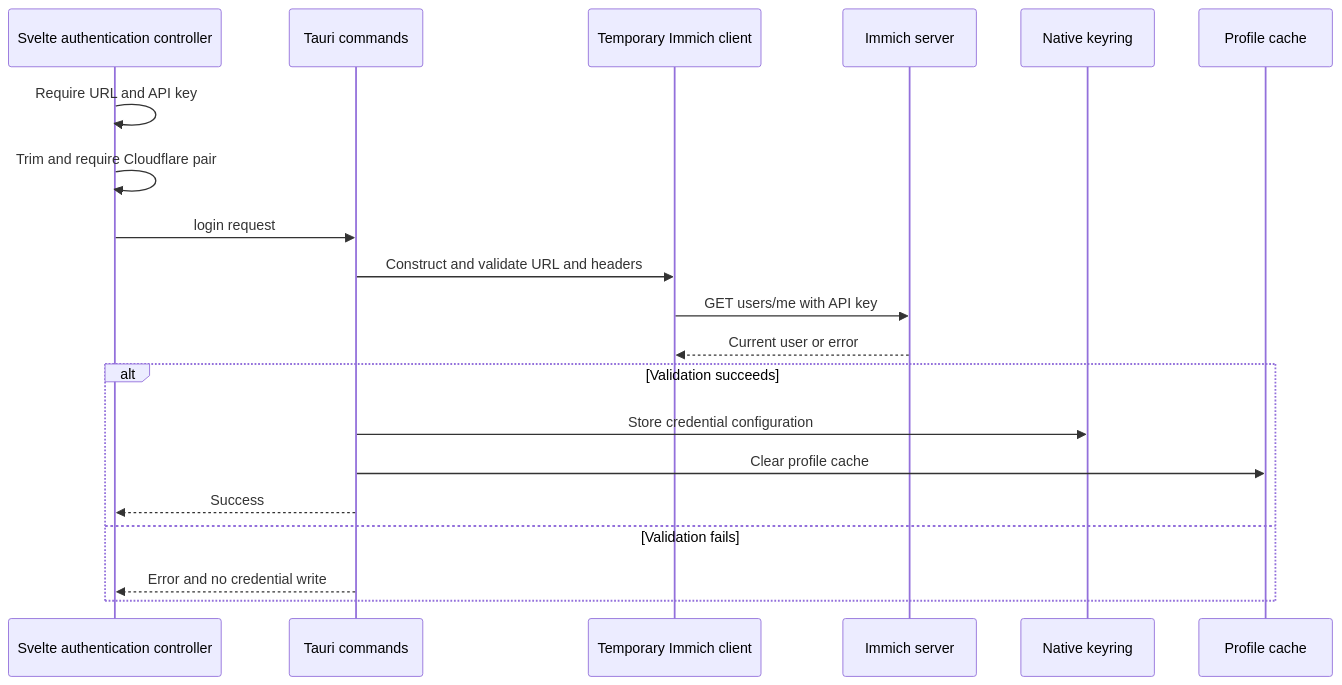
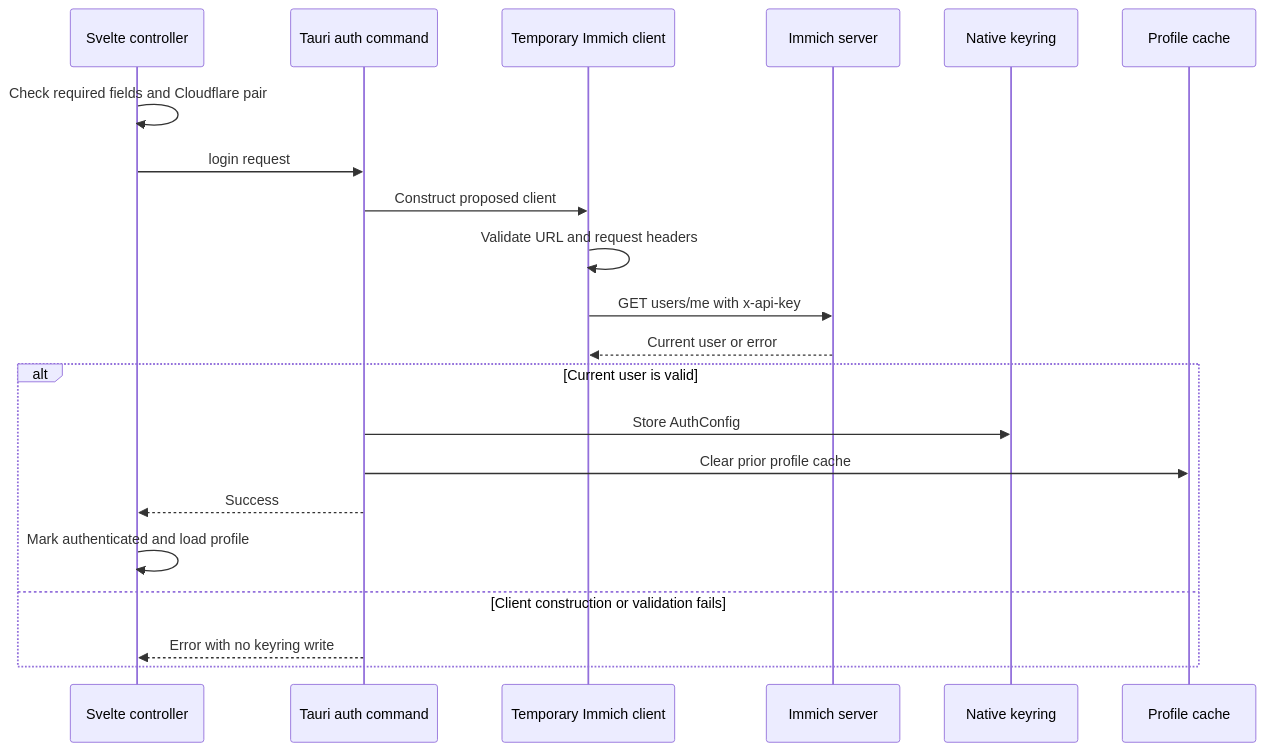
The diagram in openwiki/security/authentication.md (xXRoxXeRXx/lymic), drawn with Mermaid before and after one commit. The commit also changed other lines of this file and 22 other files, not shown here.

````diff
--- a/openwiki/security/authentication.md
+++ b/openwiki/security/authentication.md
@@ -48,22 +51,24 @@
 ```mermaid
 sequenceDiagram
-    participant UI as Svelte authentication controller
-    participant IPC as Tauri commands
+    participant UI as Svelte controller
+    participant IPC as Tauri auth command
     participant Client as Temporary Immich client
-    participant Server as Immich server
+    participant Immich as Immich server
     participant Keyring as Native keyring
     participant Cache as Profile cache
-    UI->>UI: Require URL and API key
-    UI->>UI: Trim and require Cloudflare pair
+
+    UI->>UI: Check required fields and Cloudflare pair
     UI->>IPC: login request
-    IPC->>Client: Construct and validate URL and headers
-    Client->>Server: GET users/me with API key
-    Server-->>Client: Current user or error
-    alt Validation succeeds
-        IPC->>Keyring: Store credential configuration
-        IPC->>Cache: Clear profile cache
+    IPC->>Client: Construct proposed client
+    Client->>Client: Validate URL and request headers
+    Client->>Immich: GET users/me with x-api-key
+    Immich-->>Client: Current user or error
+    alt Current user is valid
+        IPC->>Keyring: Store AuthConfig
+        IPC->>Cache: Clear prior profile cache
         IPC-->>UI: Success
-    else Validation fails
-        IPC-->>UI: Error and no credential write
+        UI->>UI: Mark authenticated and load profile
+    else Client construction or validation fails
+        IPC-->>UI: Error with no keyring write
     end
 ```
````
